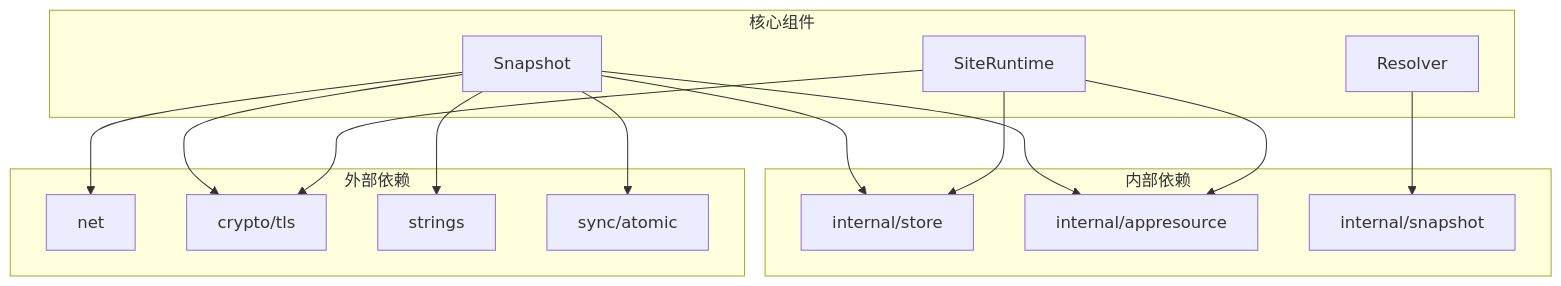
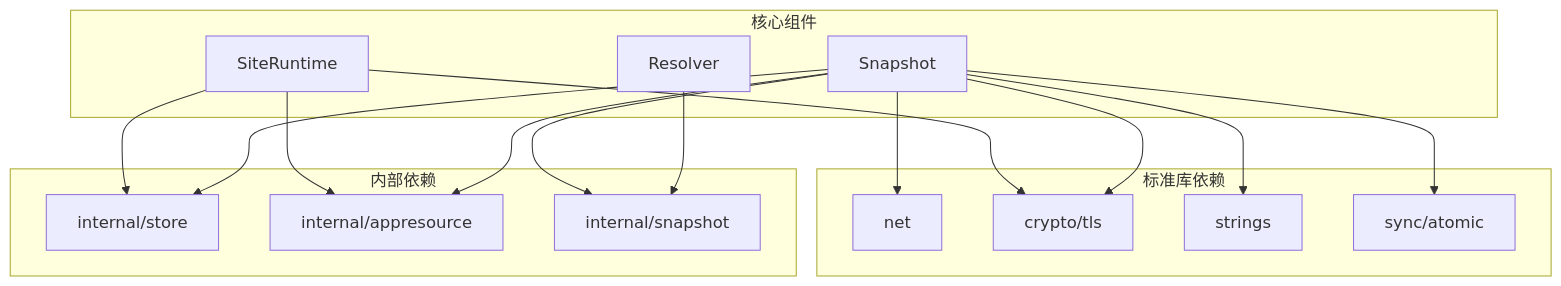
The ninth of 9 diagrams in docs/WAF 引擎系统/引擎核心架构/站点解析器.md (x01n/My-OpenWaf), drawn with Mermaid before and after one commit. The commit also changed other lines of this file and 622 other files, not shown here.

````diff
--- a/docs/WAF 引擎系统/引擎核心架构/站点解析器.md
+++ b/docs/WAF 引擎系统/引擎核心架构/站点解析器.md
@@ -360,29 +440,30 @@
 ```mermaid
 graph TD
-subgraph "外部依赖"
+subgraph "标准库依赖"
 A["net"]
 B["crypto/tls"]
 C["strings"]
 D["sync/atomic"]
 end
 subgraph "内部依赖"
 E["internal/store"]
 F["internal/appresource"]
 G["internal/snapshot"]
 end
 subgraph "核心组件"
 H["Resolver"]
 I["Snapshot"]
 J["SiteRuntime"]
 end
 H --> G
 I --> E
 I --> F
+I --> G
 I --> A
 I --> B
 I --> C
 I --> D
 J --> E
 J --> F
 J --> B
 ```
````
